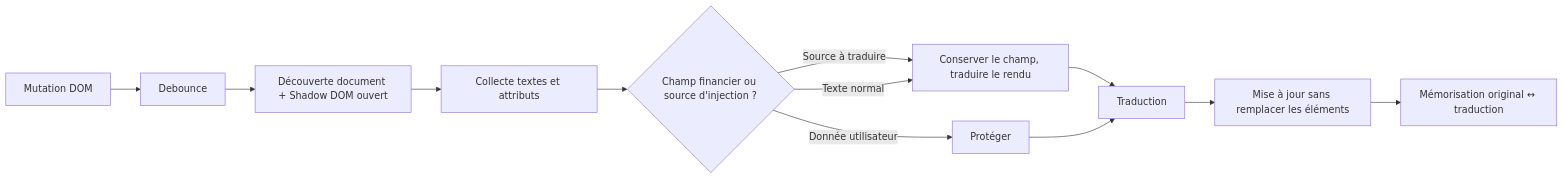
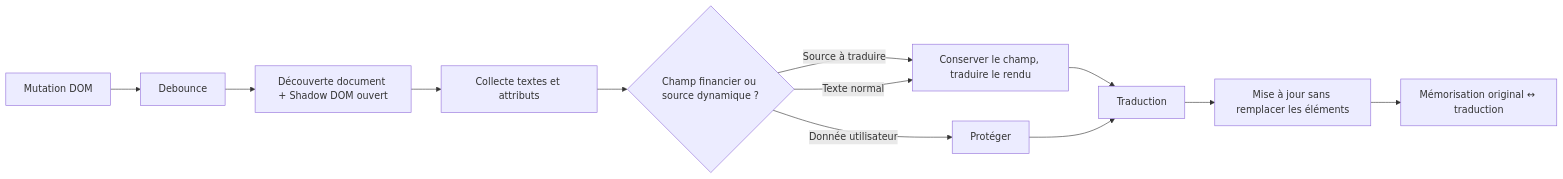
Before and after one commit to kaezerwatto/KORA: the fifth of 7 diagrams in docs/ARCHITECTURE.md, drawn with Mermaid. The commit also changed other lines of this file and 26 other files, not shown here.

````diff
--- a/docs/ARCHITECTURE.md
+++ b/docs/ARCHITECTURE.md
@@ -143,14 +143,14 @@
 ```mermaid
 flowchart LR
     A[Mutation DOM] --> B[Debounce]
     B --> C[Découverte document + Shadow DOM ouvert]
     C --> D[Collecte textes et attributs]
-    D --> E{Champ financier ou source d'injection ?}
+    D --> E{Champ financier ou source dynamique ?}
     E -->|Donnée utilisateur| P[Protéger]
     E -->|Source à traduire| T[Conserver le champ, traduire le rendu]
     E -->|Texte normal| T
     T --> F[Traduction]
     P --> F
     F --> G[Mise à jour sans remplacer les éléments]
     G --> H[Mémorisation original ↔ traduction]
 ```
````
